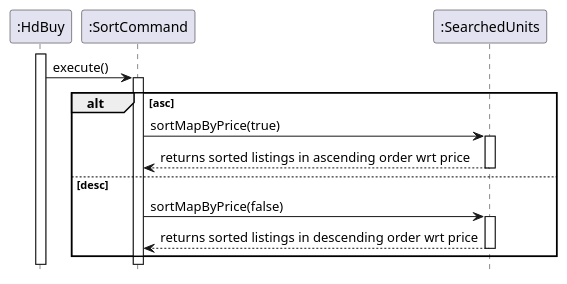
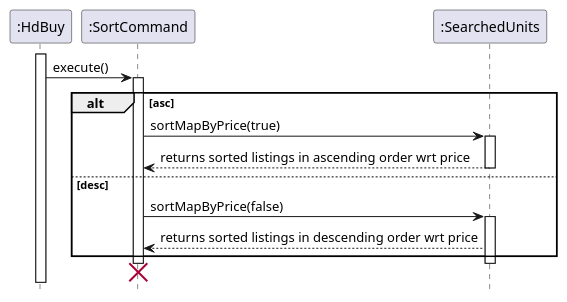
One commit to nus-cs2113-AY2021S1/tp changed the diagram in docs/diagrams/SortCommand.puml. Above: the diagram before and after it, drawn with PlantUML.

Commit message:
edit sortcommand to destory sortcommand

```diff
--- a/docs/diagrams/SortCommand.puml
+++ b/docs/diagrams/SortCommand.puml
@@ -1,19 +1,19 @@
 @startuml
 'https://plantuml.com/sequence-diagram
 hide footbox
 activate ":HdBuy"
 ":HdBuy" -> ":SortCommand": execute()
 activate ":SortCommand"
         alt asc
             ":SortCommand" -> ":SearchedUnits": sortMapByPrice(true)
             activate ":SearchedUnits"
             ":SortCommand" <-- ":SearchedUnits": returns sorted listings in ascending order wrt price
             deactivate ":SearchedUnits"
         else desc
             ":SortCommand" -> ":SearchedUnits": sortMapByPrice(false)
             activate ":SearchedUnits"
             ":SortCommand" <-- ":SearchedUnits": returns sorted listings in descending order wrt price
-            deactivate ":SearchedUnits"
-
         end
+        deactivate ":SearchedUnits"
+        destroy ":SortCommand"
 @enduml
```
